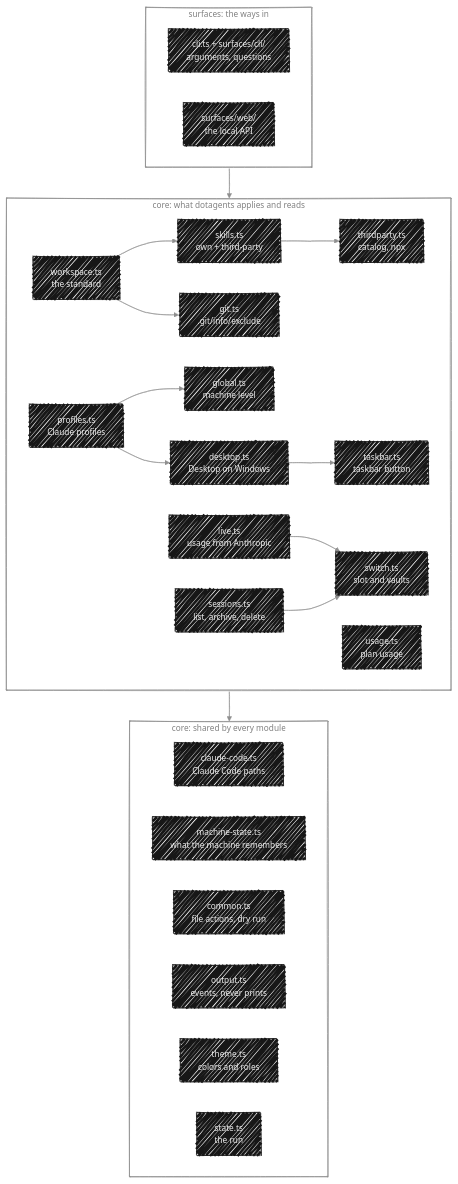
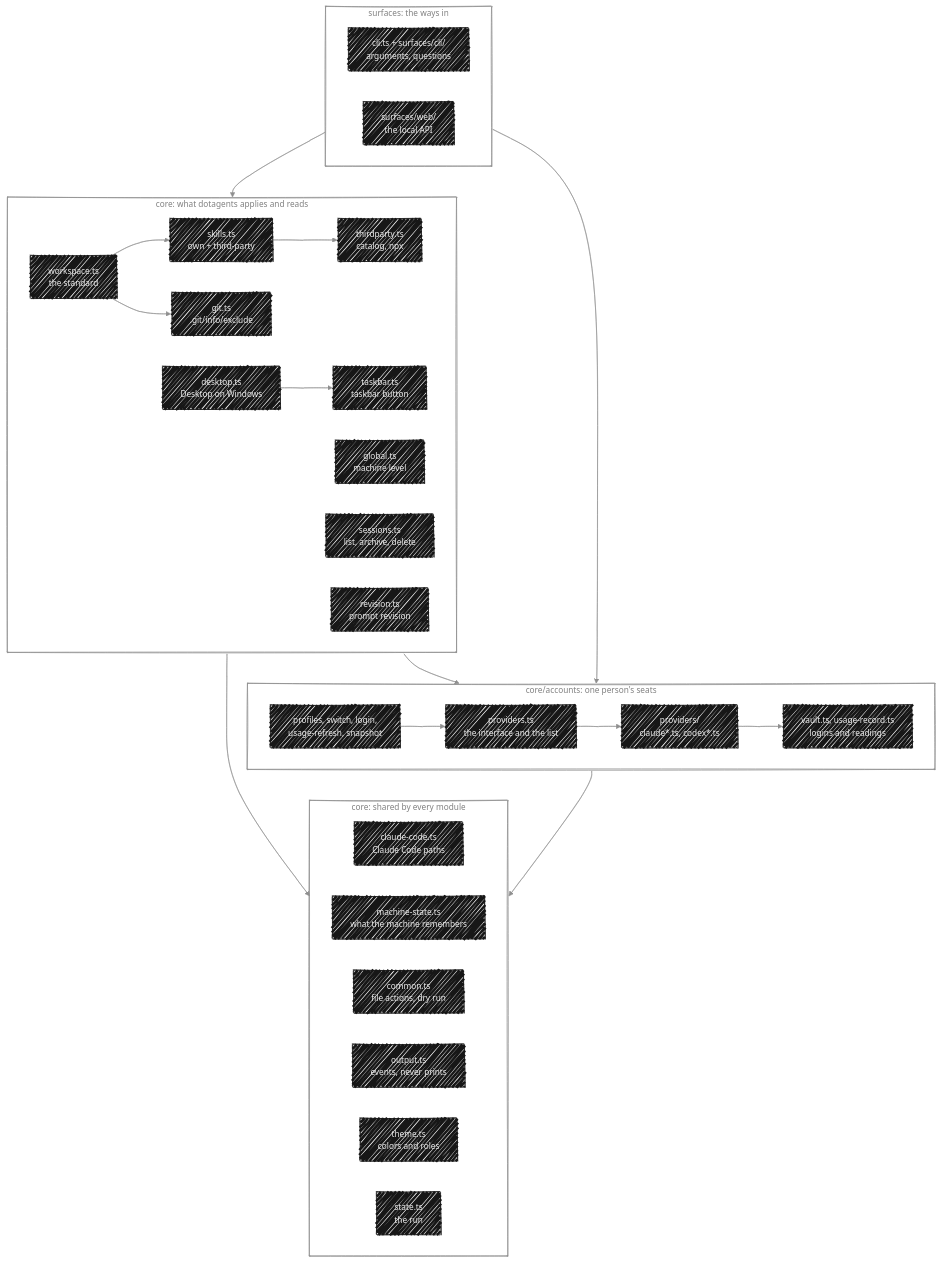
The diagram in docs/architecture.md (dotagents-org/dotagents-core), drawn with Mermaid before and after one commit. The commit also changed other lines of this file and 17 other files, not shown here.

Commit message:
📝 docs(core): describe core/accounts and cite the adrs by their new numbers

````diff
--- a/docs/architecture.md
+++ b/docs/architecture.md
@@ -33,32 +34,38 @@
 ```mermaid
 %%{init: {"look": "handDrawn", "handDrawnSeed": 3, "theme": "base", "themeVariables": {"fontFamily": "Geist Mono, ui-monospace, SFMono-Regular, Menlo, Consolas, monospace", "fontSize": "14px", "primaryColor": "#171717", "primaryTextColor": "#ededed", "primaryBorderColor": "#171717", "lineColor": "#8f8f8f", "textColor": "#171717", "edgeLabelBackground": "#ededed", "clusterBkg": "transparent", "clusterBorder": "#8f8f8f", "titleColor": "#808080"}}}%%
 flowchart TB
     subgraph surfaces["surfaces: the ways in"]
         direction LR
         cli["cli.ts + surfaces/cli/<br/>arguments, questions"]
         web["surfaces/web/<br/>the local API"]
     end
 
     subgraph features["core: what dotagents applies and reads"]
         direction LR
         workspace["workspace.ts<br/>the standard"] --> skills["skills.ts<br/>own + third-party"] --> thirdparty["thirdparty.ts<br/>catalog, npx"]
         workspace --> git["git.ts<br/>.git/info/exclude"]
-        profiles["profiles.ts<br/>Claude profiles"] --> global["global.ts<br/>machine level"]
-        profiles --> desktop["desktop.ts<br/>Desktop on Windows"] --> taskbar["taskbar.ts<br/>taskbar button"]
-        usage["usage.ts<br/>plan usage"]
-        live["live.ts<br/>usage from Anthropic"] --> switch["switch.ts<br/>slot and vaults"]
-        sessions["sessions.ts<br/>list, archive, delete"] --> switch
+        global["global.ts<br/>machine level"]
+        desktop["desktop.ts<br/>Desktop on Windows"] --> taskbar["taskbar.ts<br/>taskbar button"]
+        sessions["sessions.ts<br/>list, archive, delete"]
+        revision["revision.ts<br/>prompt revision"]
+    end
+
+    subgraph accounts["core/accounts: one person's seats"]
+        direction LR
+        coordination["profiles, switch, login,<br/>usage-refresh, snapshot"] --> providers["providers.ts<br/>the interface and the list"] --> adapters["providers/<br/>claude*.ts, codex*.ts"] --> storage["vault.ts, usage-record.ts<br/>logins and readings"]
     end
 
     subgraph shared["core: shared by every module"]
         direction LR
         paths["claude-code.ts<br/>Claude Code paths"]
         memory["machine-state.ts<br/>what the machine remembers"]
         common["common.ts<br/>file actions, dry run"]
         output["output.ts<br/>events, never prints"]
         theme["theme.ts<br/>colors and roles"]
         run["state.ts<br/>the run"]
     end
 
     surfaces --> features --> shared
+    surfaces --> accounts --> shared
+    features --> accounts
 ```
````
